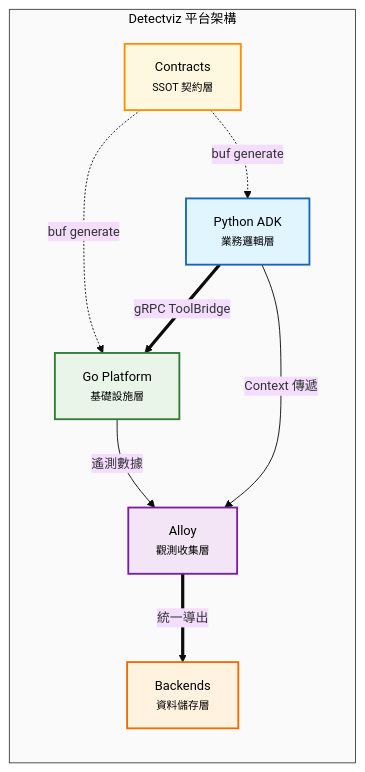
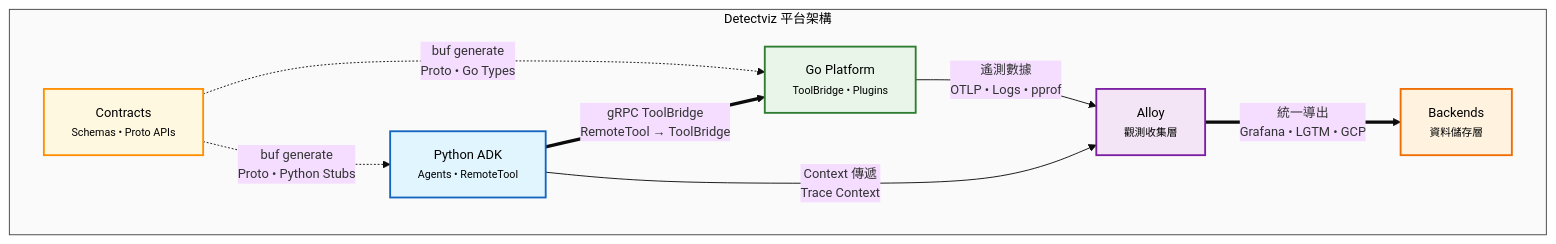
Before and after one commit to detectviz/detectviz-platform: the diagram in README.md, drawn with Mermaid. The commit also changed other lines of this file, not shown here.

````diff
--- a/README.md
+++ b/README.md
@@ -113,29 +27,30 @@
 ```mermaid
 %%{init: {'theme':'base', 'themeVariables': {'fontFamily': 'arial', 'fontSize': '14px'}}}%%
 
 graph LR
-    subgraph CORE[" Detectviz 平台架構 "]
-        style CORE fill:#fafafa,stroke:#424242,stroke-width:1px,color:#000
+  subgraph CORE["Detectviz 平台架構"]
+  direction LR
+      style CORE fill:#fafafa,stroke:#424242,stroke-width:1px,color:#000
 
-        C["Contracts<br/><small>SSOT 契約層</small>"]:::contract
-        G["Go Platform<br/><small>基礎設施層</small>"]:::go
-        P["Python ADK<br/><small>業務邏輯層</small>"]:::python
-        A["Alloy<br/><small>觀測收集層</small>"]:::alloy
-        B["Backends<br/><small>資料儲存層</small>"]:::backend
-    end
+      C["Contracts<br/><small>Schemas • Proto APIs</small>"]:::contract
+      G["Go Platform<br/><small>ToolBridge • Plugins</small>"]:::go
+      P["Python ADK<br/><small>Agents • RemoteTool</small>"]:::python
+      A["Alloy<br/><small>觀測收集層</small>"]:::alloy
+      B["Backends<br/><small>資料儲存層</small>"]:::backend
+  end
 
-    %% 資料流向
-    C -.->|buf generate| G
-    C -.->|buf generate| P
-    P ==>|gRPC ToolBridge| G
-    G -->|遙測數據| A
-    P -->|Context 傳遞| A
-    A ==>|統一導出| B
+  %% 資料流向
+  C -.->|buf generate<br/>Proto • Go Types| G
+  C -.->|buf generate<br/>Proto • Python Stubs| P
+  P ==>|gRPC ToolBridge<br/>RemoteTool → ToolBridge| G
+  G -->|遙測數據<br/>OTLP • Logs • pprof| A
+  P -->|Context 傳遞<br/>Trace Context| A
+  A ==>|統一導出<br/>Grafana • LGTM • GCP| B
 
-    %% 顏色定義
-    classDef contract fill:#fff8e1,stroke:#ff8f00,stroke-width:2px,color:#000
-    classDef go fill:#e8f5e8,stroke:#2e7d32,stroke-width:2px,color:#000
-    classDef python fill:#e1f5fe,stroke:#1565c0,stroke-width:2px,color:#000
-    classDef alloy fill:#f3e5f5,stroke:#7b1fa2,stroke-width:2px,color:#000
-    classDef backend fill:#fff3e0,stroke:#ef6c00,stroke-width:2px,color:#000
+  %% 顏色定義
+  classDef contract fill:#fff8e1,stroke:#ff8f00,stroke-width:2px,color:#000
+  classDef go fill:#e8f5e8,stroke:#2e7d32,stroke-width:2px,color:#000
+  classDef python fill:#e1f5fe,stroke:#1565c0,stroke-width:2px,color:#000
+  classDef alloy fill:#f3e5f5,stroke:#7b1fa2,stroke-width:2px,color:#000
+  classDef backend fill:#fff3e0,stroke:#ef6c00,stroke-width:2px,color:#000
 ```
````
